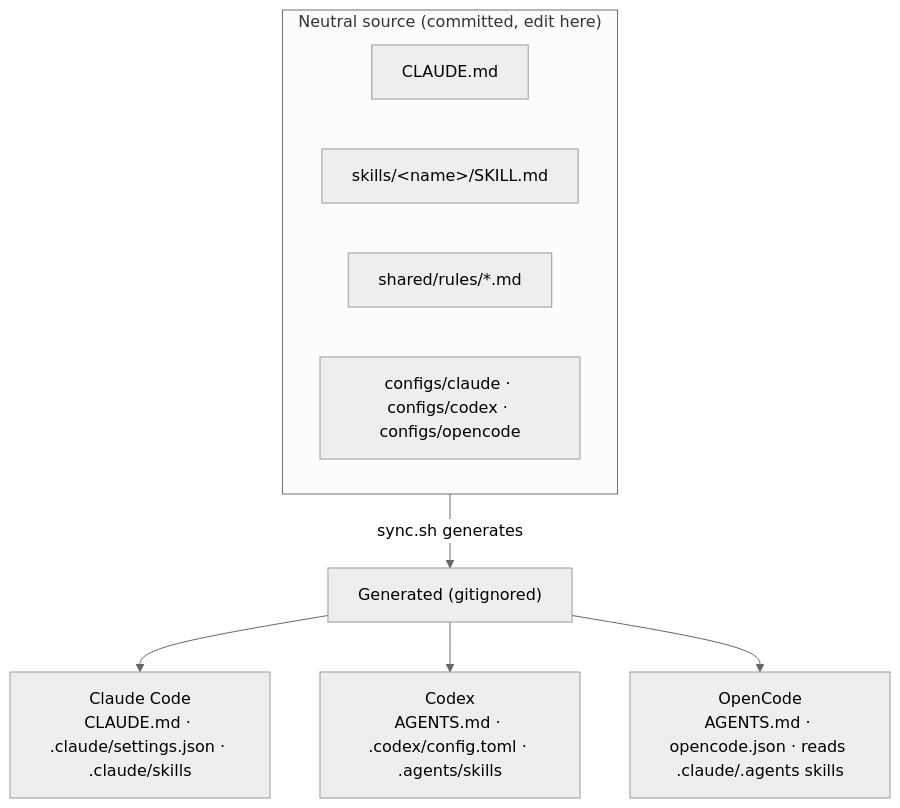
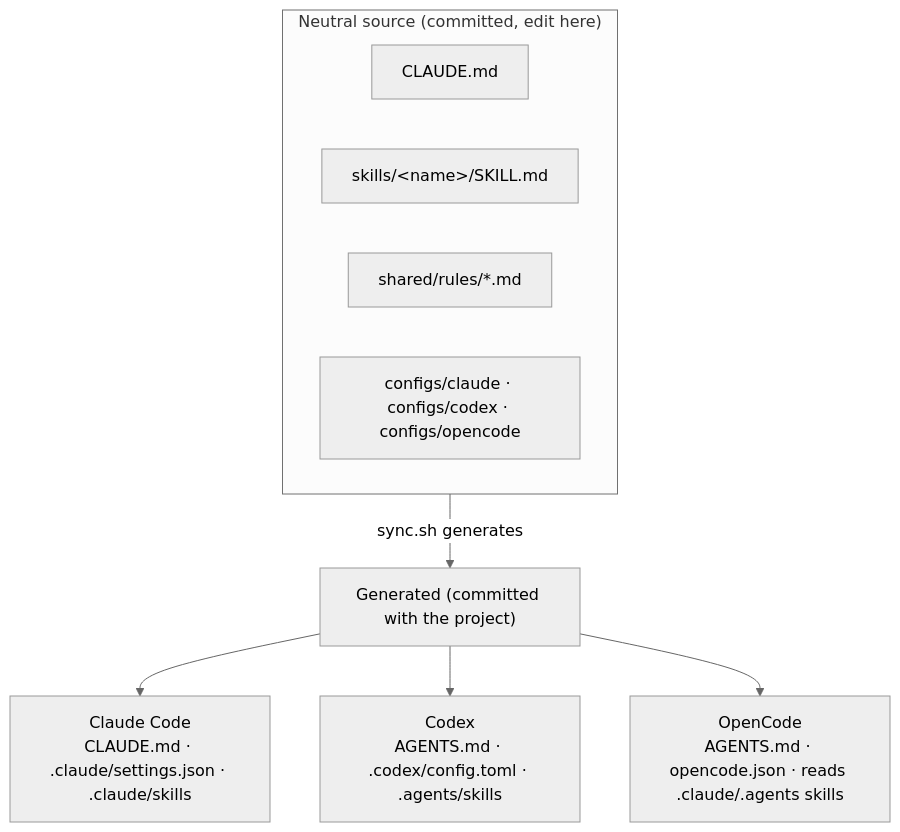
The first of 2 diagrams in README.md (Juan-Motta/forge-ai), drawn with Mermaid (neutral theme) before and after one commit. The commit also changed other lines of this file and 4 other files, not shown here.

````diff
--- a/README.md
+++ b/README.md
@@ -40,13 +40,13 @@
 ```mermaid
 flowchart TD
     subgraph SRC["Neutral source (committed, edit here)"]
         INS["CLAUDE.md"]
         SK["skills/&lt;name&gt;/SKILL.md"]
         RU["shared/rules/*.md"]
         CF["configs/claude · configs/codex · configs/opencode"]
     end
-    SRC -->|sync.sh generates| GEN["Generated (gitignored)"]
+    SRC -->|sync.sh generates| GEN["Generated (committed with the project)"]
     GEN --> CLAUDE["Claude Code<br/>CLAUDE.md · .claude/settings.json · .claude/skills"]
     GEN --> CODEX["Codex<br/>AGENTS.md · .codex/config.toml · .agents/skills"]
     GEN --> OPEN["OpenCode<br/>AGENTS.md · opencode.json · reads .claude/.agents skills"]
 ```
````
